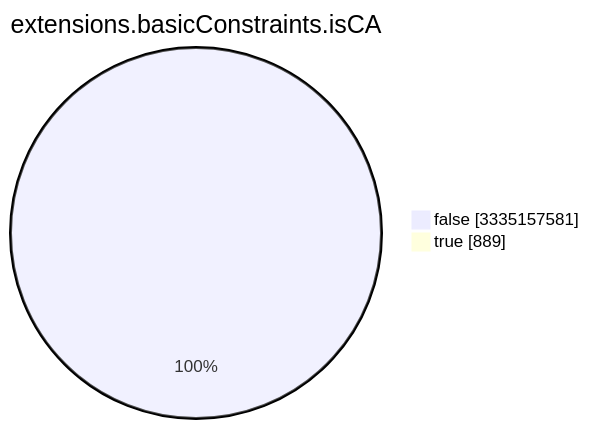
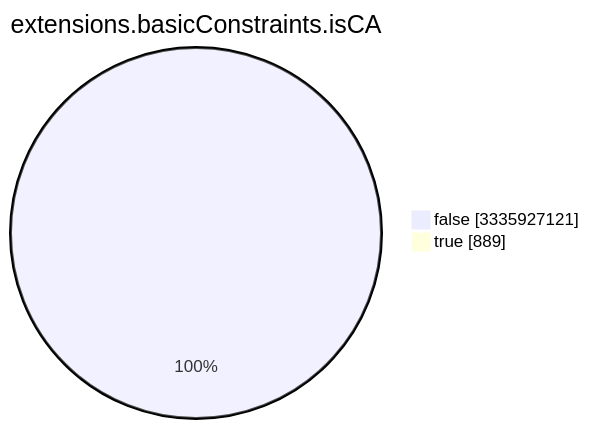
One commit to christiankrug/ctmonitor_visualization changed the seventh of 15 diagrams in TOTAL/README.md. Above: the diagram before and after it, drawn with Mermaid. The commit also changed other lines of this file, not shown here.

````diff
--- a/TOTAL/README.md
+++ b/TOTAL/README.md
@@ -3089,6 +3089,6 @@
 ```mermaid
 pie showData
 title extensions.basicConstraints.isCA
-"false" :3335157581
+"false" :3335927121
 "true" :889
 ```
````
